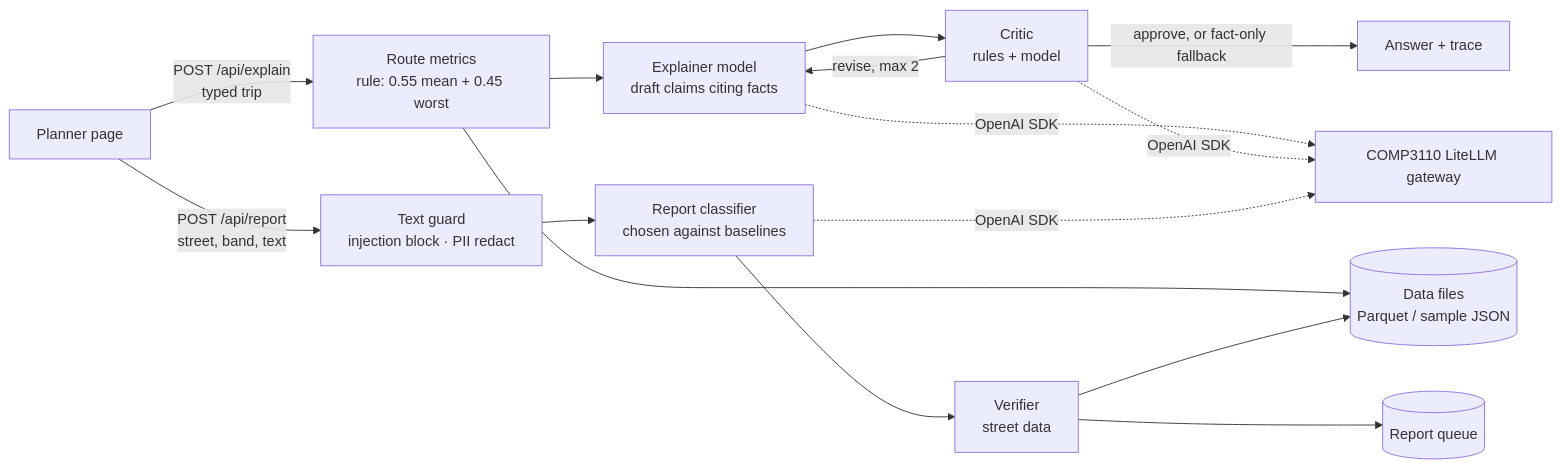
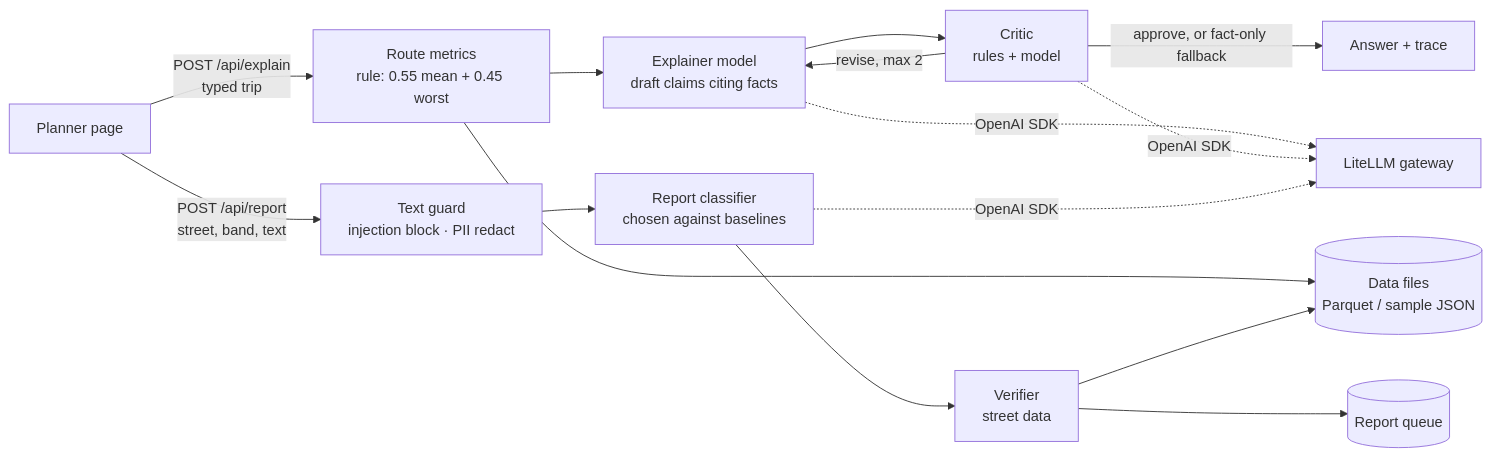
The diagram in README.md (shuruthy24/Athena), drawn with Mermaid before and after one commit. The commit also changed other lines of this file and 2 other files, not shown here.

````diff
--- a/README.md
+++ b/README.md
@@ -61,13 +62,13 @@
 ```mermaid
 flowchart LR
   U[Planner page] -->|POST /api/explain<br/>typed trip| R[Route metrics<br/>rule: 0.55 mean + 0.45 worst]
   R --> X[Explainer model<br/>draft claims citing facts]
   X --> C[Critic<br/>rules + model]
   C -->|revise, max 2| X
   C -->|approve, or fact-only fallback| O[Answer + trace]
   U -->|POST /api/report<br/>street, band, text| S[Text guard<br/>injection block · PII redact]
   S --> K[Report classifier<br/>chosen against baselines]
   K --> V[Verifier<br/>street data] --> Q[(Report queue)]
   R & V --> D[(Data files<br/>Parquet / sample JSON)]
-  X & C & K -.->|OpenAI SDK| GW[COMP3110 LiteLLM gateway]
+  X & C & K -.->|OpenAI SDK| GW[LiteLLM gateway]
 ```
````
